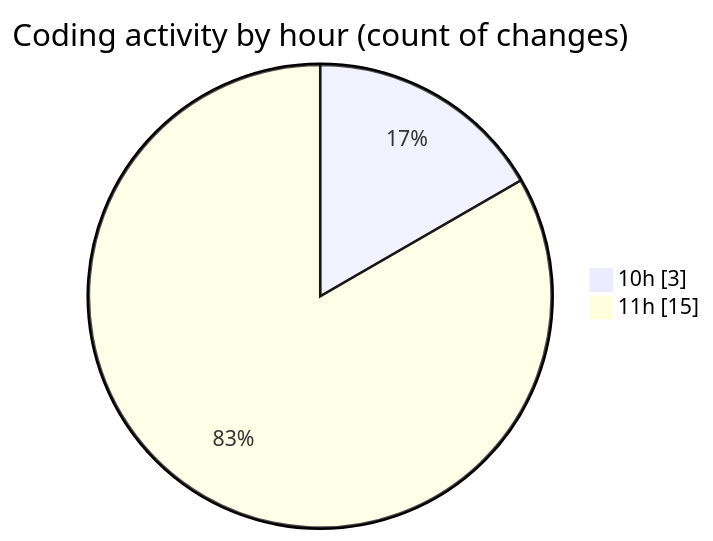
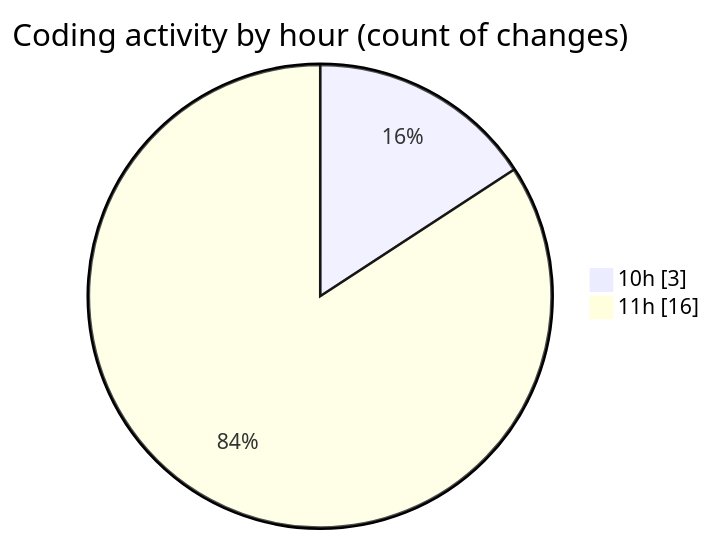
Before and after one commit to nxtqubesakshisongat/code-tracking: the second of 2 diagrams in 2025-08-29/nxtqube_webapp/README.md, drawn with Mermaid. The commit also changed other lines of this file and 1 other file, not shown here.

````diff
--- a/2025-08-29/nxtqube_webapp/README.md
+++ b/2025-08-29/nxtqube_webapp/README.md
@@ -32,6 +32,6 @@
 ```mermaid
 pie showData
 title Coding activity by hour (count of changes)
 "10h" : 3
-"11h" : 15
+"11h" : 16
 ```
````
